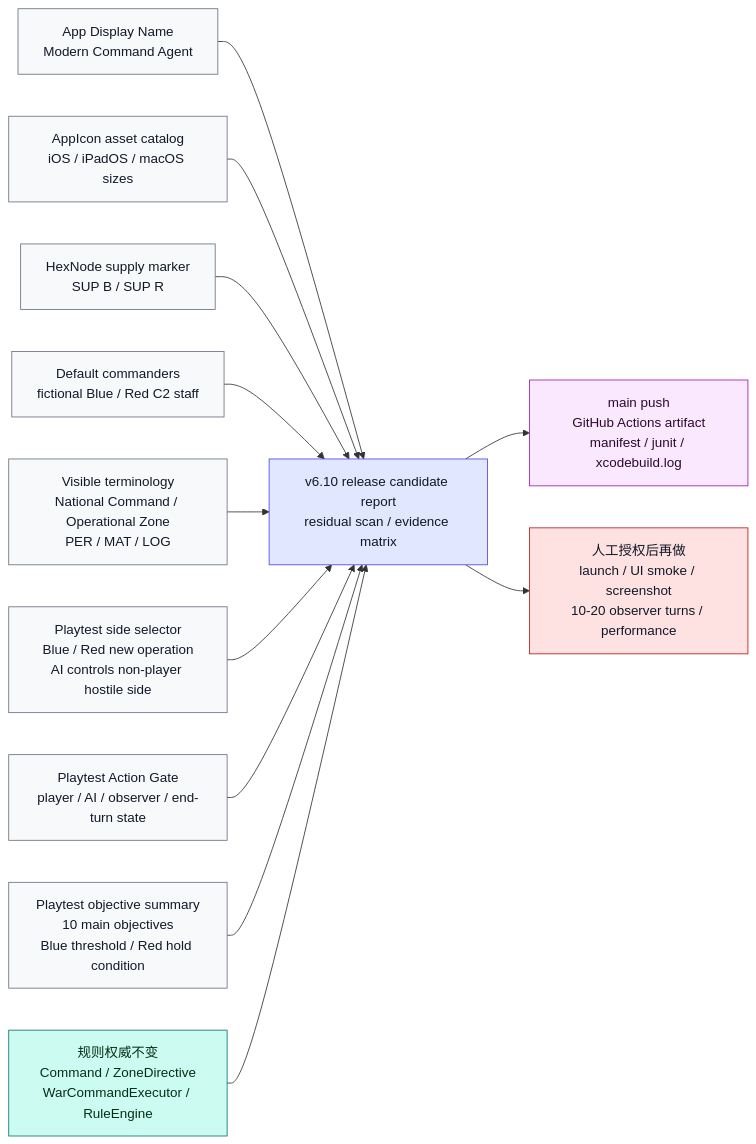
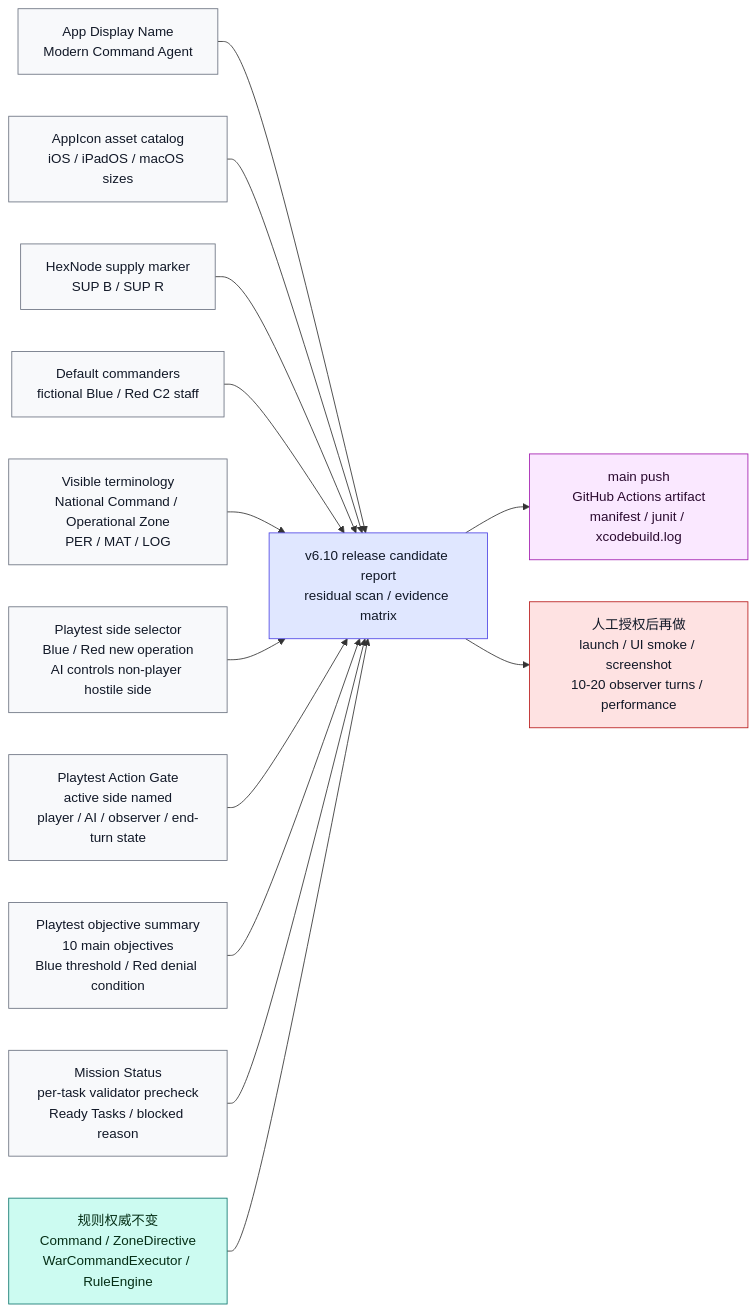
Before and after one commit to Altman-sam114/127: diagram 12 of 20 in md/flow/flowchart.md, drawn with Mermaid. The commit also changed other lines of this file and 8 other files, not shown here.

Commit message:
fix: precheck modern mission actions

````diff
--- a/md/flow/flowchart.md
+++ b/md/flow/flowchart.md
@@ -360,33 +360,35 @@
 ```mermaid
 flowchart LR
     DISPLAY["App Display Name<br/>Modern Command Agent"]:::display
     ICON["AppIcon asset catalog<br/>iOS / iPadOS / macOS sizes"]:::display
     MAP["HexNode supply marker<br/>SUP B / SUP R"]:::display
     COMMANDERS["Default commanders<br/>fictional Blue / Red C2 staff"]:::display
     TERMS["Visible terminology<br/>National Command / Operational Zone<br/>PER / MAT / LOG"]:::display
     REPORT["v6.10 release candidate report<br/>residual scan / evidence matrix"]:::doc
     RULES["规则权威不变<br/>Command / ZoneDirective<br/>WarCommandExecutor / RuleEngine"]:::rules
     CLOUD["main push<br/>GitHub Actions artifact<br/>manifest / junit / xcodebuild.log"]:::cloud
     SIDE["Playtest side selector<br/>Blue / Red new operation<br/>AI controls non-player hostile side"]:::display
-    GATE["Playtest Action Gate<br/>player / AI / observer / end-turn state"]:::display
-    OBJ["Playtest objective summary<br/>10 main objectives<br/>Blue threshold / Red hold condition"]:::display
+    GATE["Playtest Action Gate<br/>active side named<br/>player / AI / observer / end-turn state"]:::display
+    OBJ["Playtest objective summary<br/>10 main objectives<br/>Blue threshold / Red denial condition"]:::display
+    MISSION["Mission Status<br/>per-task validator precheck<br/>Ready Tasks / blocked reason"]:::display
     RUNTIME["人工授权后再做<br/>launch / UI smoke / screenshot<br/>10-20 observer turns / performance"]:::risk
 
     DISPLAY --> REPORT
     ICON --> REPORT
     MAP --> REPORT
     COMMANDERS --> REPORT
     TERMS --> REPORT
     SIDE --> REPORT
     GATE --> REPORT
     OBJ --> REPORT
+    MISSION --> REPORT
     RULES --> REPORT
     REPORT --> CLOUD
     REPORT --> RUNTIME
 
     classDef display fill:#f8f9fb,stroke:#6b7280,color:#111827
     classDef doc fill:#e0e7ff,stroke:#4f46e5,color:#111827
     classDef rules fill:#ccfbf1,stroke:#0f766e,color:#052e16
     classDef cloud fill:#fae8ff,stroke:#a21caf,color:#2a0a2f
     classDef risk fill:#fee2e2,stroke:#b91c1c,color:#111827
 ```
````
